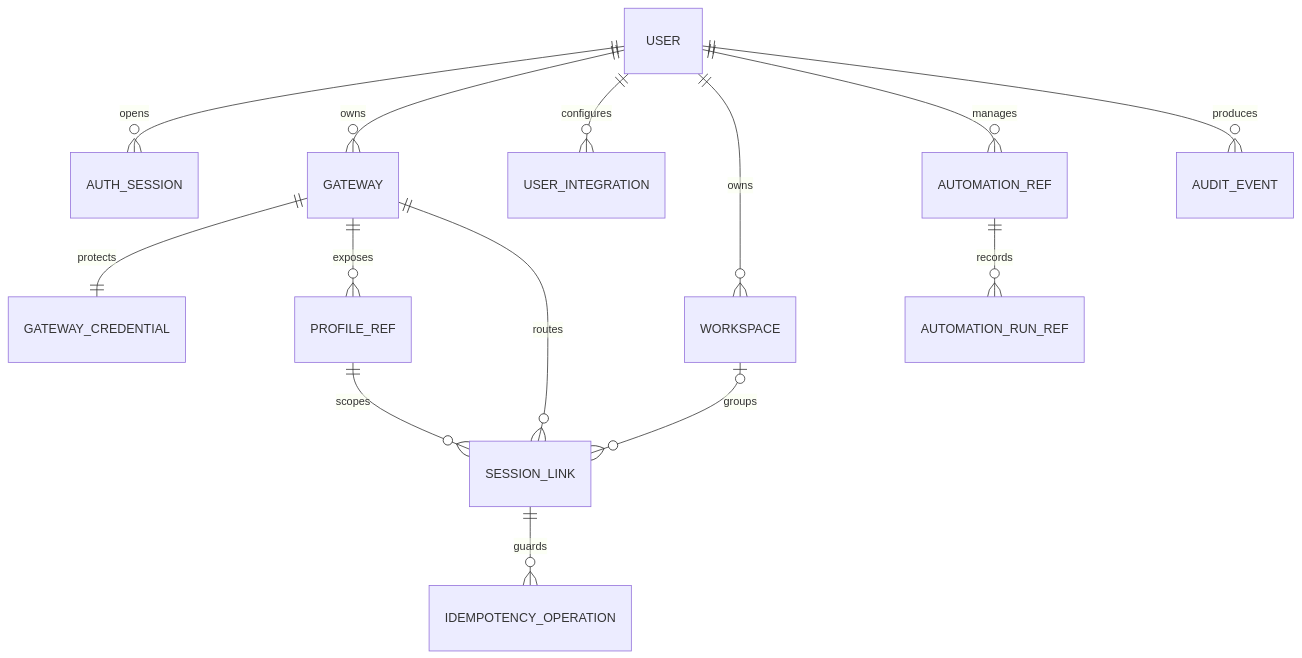
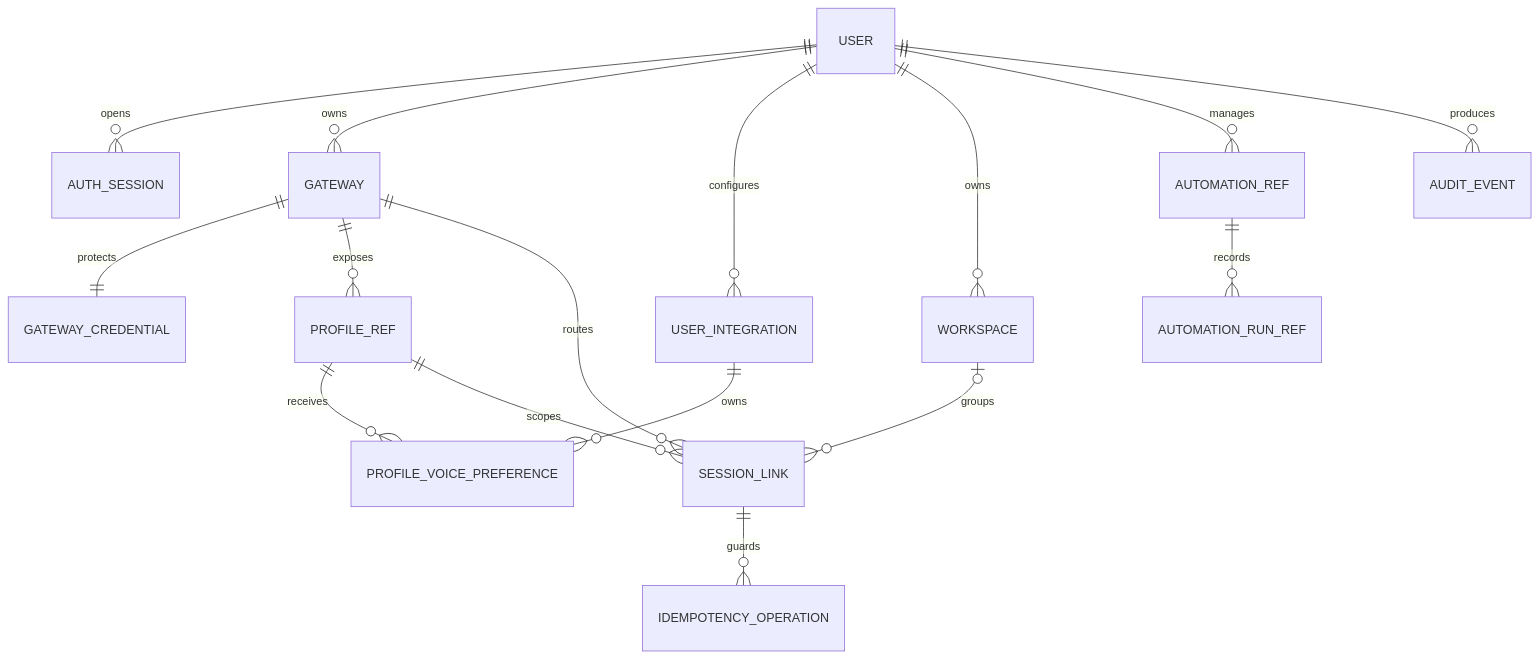
One commit to jrterven/agent-control changed the diagram in docs/data-model.md. Above: the diagram before and after it, drawn with Mermaid. The commit also changed other lines of this file and 20 other files, not shown here.

````diff
--- a/docs/data-model.md
+++ b/docs/data-model.md
@@ -3,16 +3,18 @@
 ```mermaid
 erDiagram
     USER ||--o{ AUTH_SESSION : opens
     USER ||--o{ GATEWAY : owns
     USER ||--o{ USER_INTEGRATION : configures
+    USER_INTEGRATION ||--o{ PROFILE_VOICE_PREFERENCE : owns
     GATEWAY ||--|| GATEWAY_CREDENTIAL : protects
     GATEWAY ||--o{ PROFILE_REF : exposes
+    PROFILE_REF ||--o{ PROFILE_VOICE_PREFERENCE : receives
     USER ||--o{ WORKSPACE : owns
     WORKSPACE o|--o{ SESSION_LINK : groups
     GATEWAY ||--o{ SESSION_LINK : routes
     PROFILE_REF ||--o{ SESSION_LINK : scopes
     SESSION_LINK ||--o{ IDEMPOTENCY_OPERATION : guards
     USER ||--o{ AUTOMATION_REF : manages
     AUTOMATION_REF ||--o{ AUTOMATION_RUN_REF : records
     USER ||--o{ AUDIT_EVENT : produces
 ```
````
